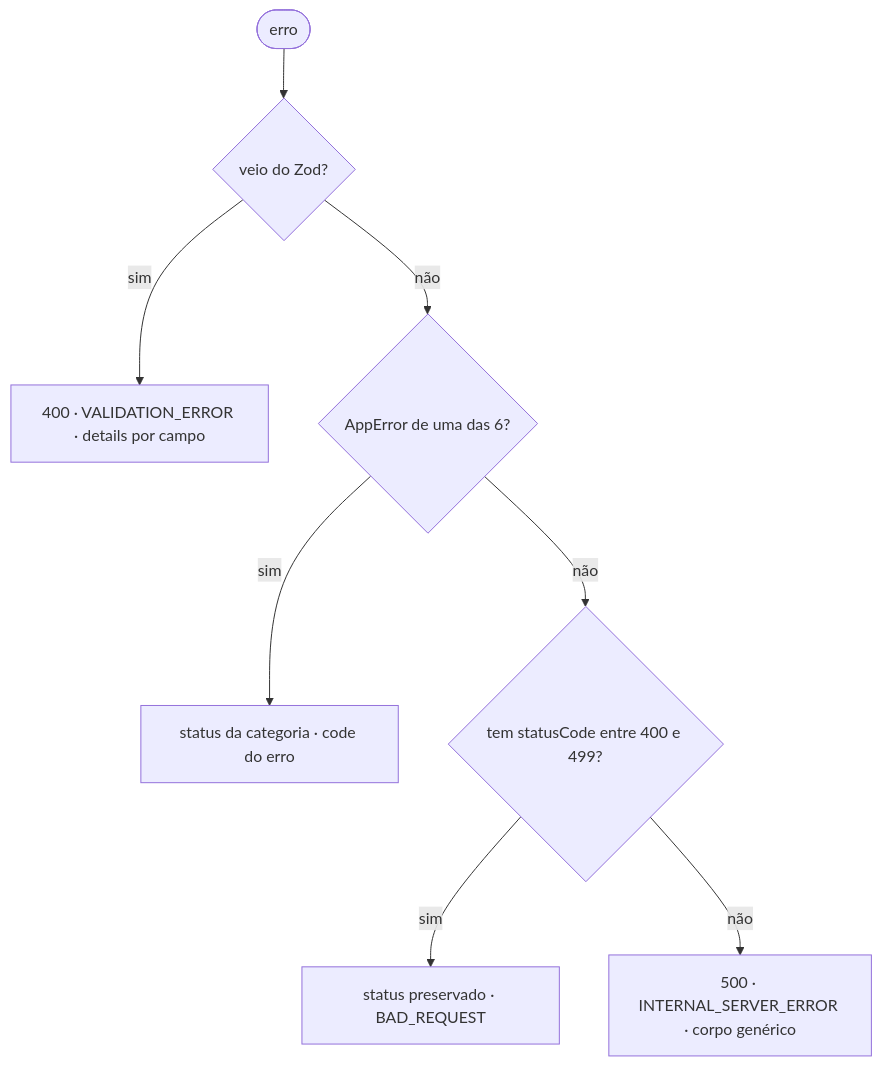
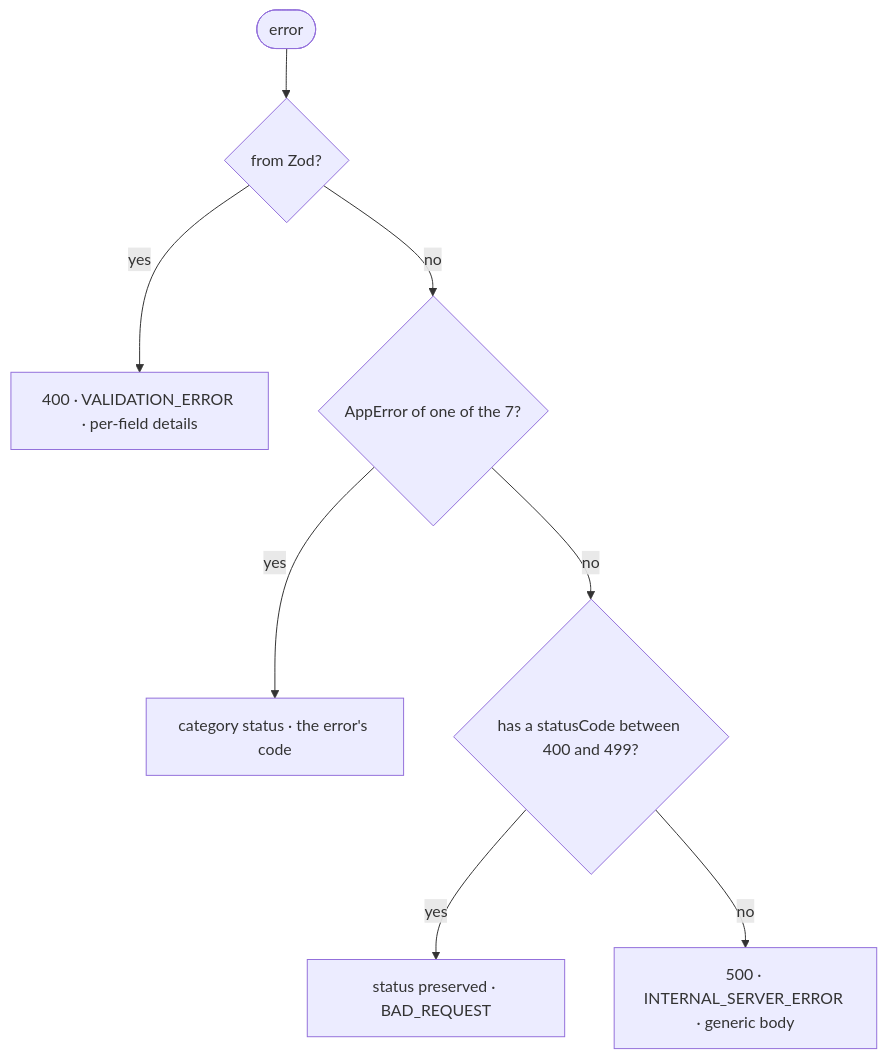
The diagram in src/shared/errors/README.md (LeandroGusmao/api-clean-platform), drawn with Mermaid before and after one commit. The commit also changed other lines of this file and 15 other files, not shown here.

First line of the commit message:
docs: translate documentation and the architecture-audit skill to English

````diff
--- a/src/shared/errors/README.md
+++ b/src/shared/errors/README.md
@@ -120,10 +122,10 @@
 ```mermaid
 flowchart TD
-    E([erro]) --> Z{"veio do Zod?"}
-    Z -->|sim| R1["400 · VALIDATION_ERROR · details por campo"]
-    Z -->|não| A{"AppError de uma das 6?"}
-    A -->|sim| R2["status da categoria · code do erro"]
-    A -->|não| C{"tem statusCode entre 400 e 499?"}
-    C -->|sim| R3["status preservado · BAD_REQUEST"]
-    C -->|não| R4["500 · INTERNAL_SERVER_ERROR · corpo genérico"]
+    E([error]) --> Z{"from Zod?"}
+    Z -->|yes| R1["400 · VALIDATION_ERROR · per-field details"]
+    Z -->|no| A{"AppError of one of the 7?"}
+    A -->|yes| R2["category status · the error's code"]
+    A -->|no| C{"has a statusCode between 400 and 499?"}
+    C -->|yes| R3["status preserved · BAD_REQUEST"]
+    C -->|no| R4["500 · INTERNAL_SERVER_ERROR · generic body"]
 ```
````
